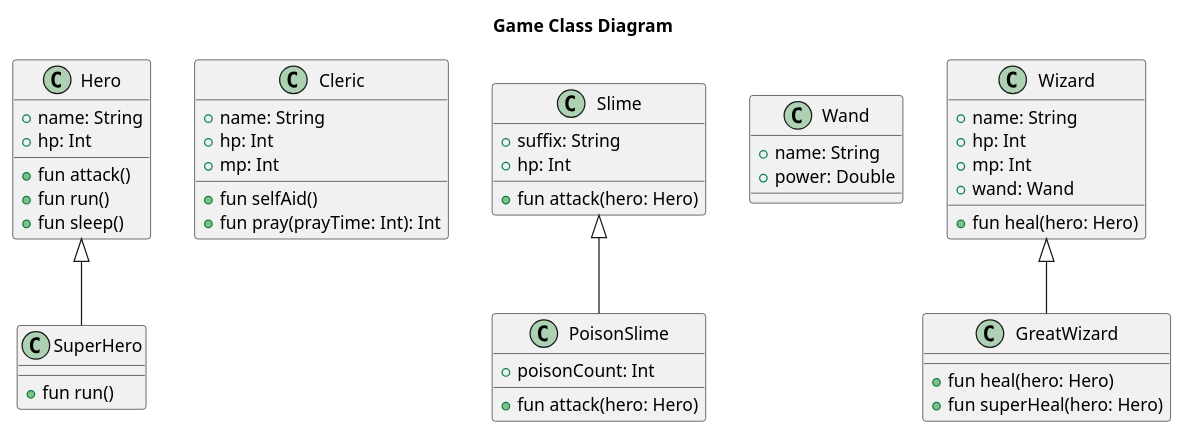
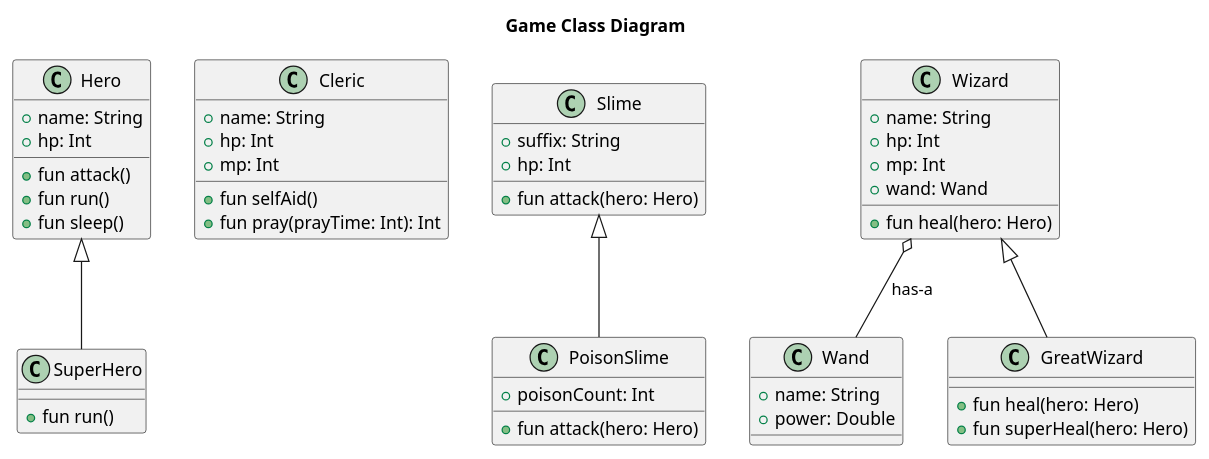
Before and after one commit to SurvivalCodingCampus/gangnam2_kotlin_study: the diagram in src/main/kotlin/com/luca/kotlinstudy/Game.puml, drawn with PlantUML. The commit also changed 57 other files, not shown here.

Commit message:
refactor: Wizard·Cleric 리팩터링 및 UML 갱신

```diff
--- a/src/main/kotlin/com/luca/kotlinstudy/Game.puml
+++ b/src/main/kotlin/com/luca/kotlinstudy/Game.puml
@@ -1,55 +1,58 @@
 @startuml
 scale 1
 title Game Class Diagram
 
 class Hero {
     + name: String
     + hp: Int
     + fun attack()
     + fun run()
     + fun sleep()
 }
 
 class SuperHero extends Hero {
     + fun run()
 }
 
 class Cleric {
     + name: String
     + hp: Int
     + mp: Int
     + fun selfAid()
     + fun pray(prayTime: Int): Int
 }
 
 class Slime {
     + suffix: String
     + hp: Int
     + fun attack(hero: Hero)
 }
 
 class PoisonSlime extends Slime {
     + poisonCount: Int
     + fun attack(hero: Hero)
 }
 
 
 class Wand {
     + name: String
     + power: Double
 }
 
 class Wizard {
     + name: String
     + hp: Int
     + mp: Int
     + wand: Wand
     + fun heal(hero: Hero)
 }
 
 class GreatWizard extends Wizard {
     + fun heal(hero: Hero)
     + fun superHeal(hero: Hero)
 }
 
+Wizard o-- Wand : has-a
+
+
 @enduml
```
